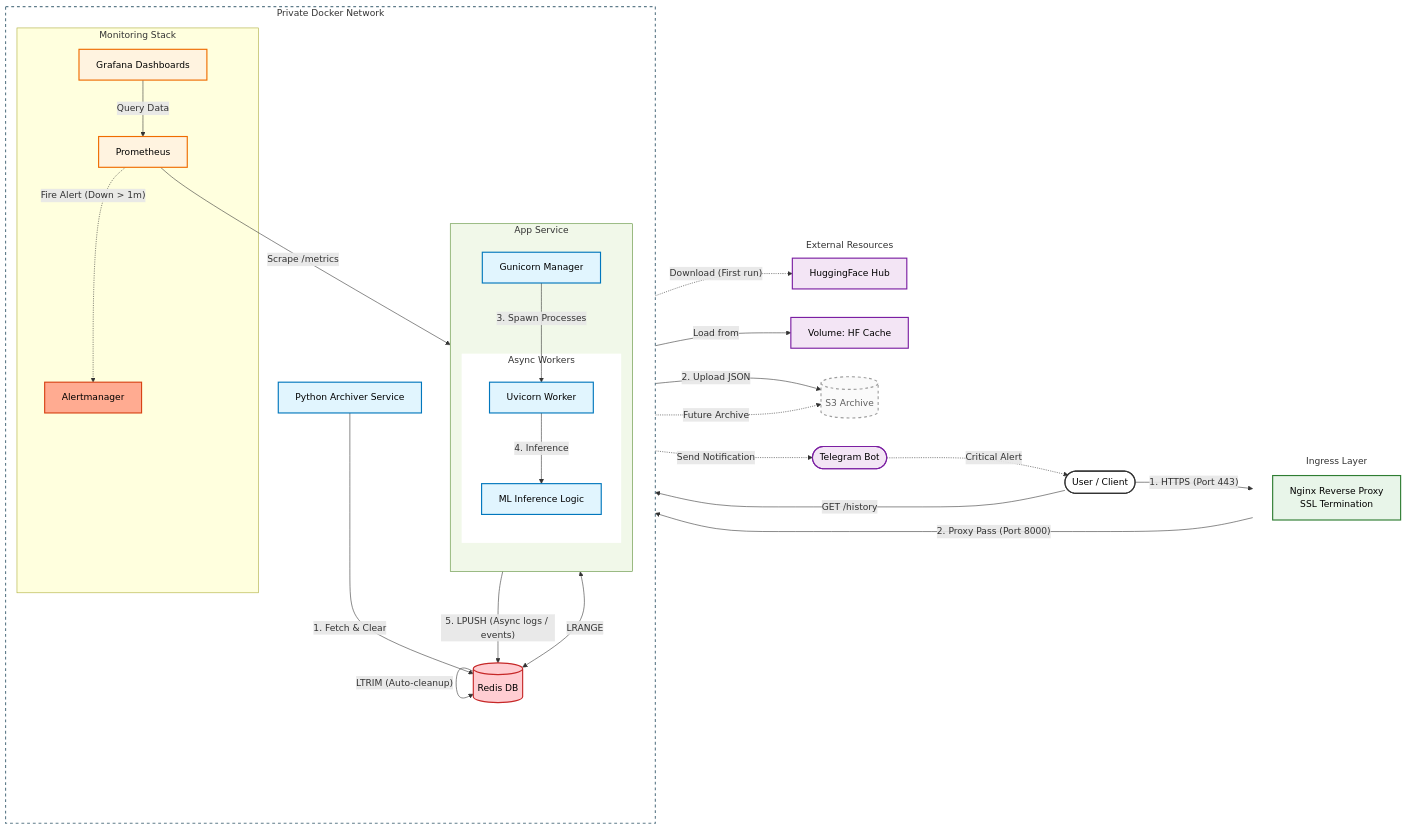
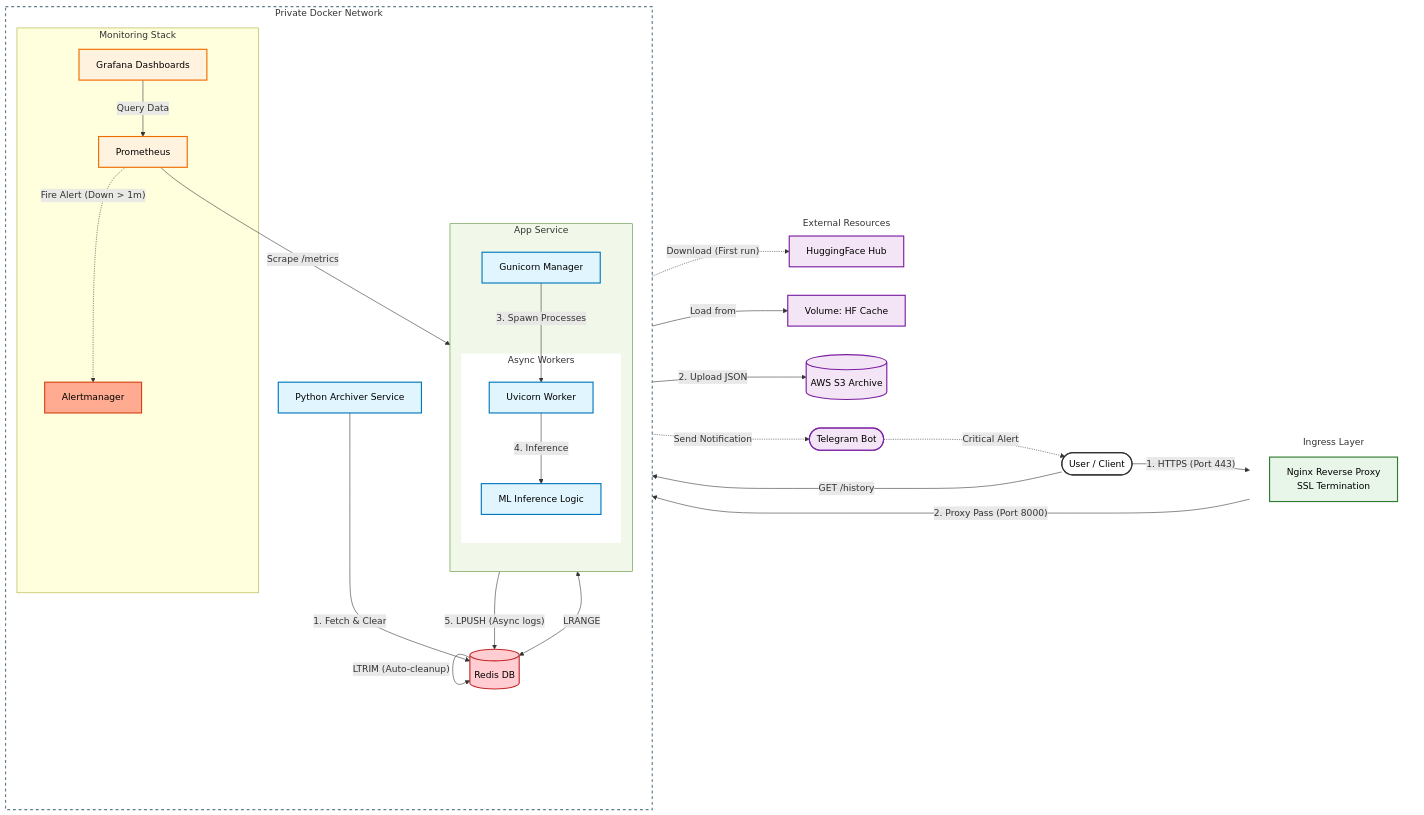
One commit to Western-1/sentiment-analysis-service changed the diagram in README.md. Above: the diagram before and after it, drawn with Mermaid. The commit also changed other lines of this file and 1 other file, not shown here.

Commit message:
docs: readme/photos updated

```diff
--- a/README.md
+++ b/README.md
@@ -34,7 +34,6 @@
   classDef db fill:#ffcdd2,stroke:#c62828,stroke-width:2px,color:#000
   classDef ext fill:#f3e5f5,stroke:#7b1fa2,stroke-width:2px,color:#000
   classDef proxy fill:#e8f5e9,stroke:#2e7d32,stroke-width:2px,color:#000
-  classDef planned fill:#fafafa,stroke:#9e9e9e,stroke-width:2px,stroke-dasharray: 5 5,color:#616161
   classDef monitor fill:#fff3e0,stroke:#ef6c00,stroke-width:2px,color:#000
   classDef alert fill:#ffab91,stroke:#d84315,stroke-width:2px,color:#000
 
@@ -62,7 +61,7 @@
       end
     end
 
-    %% Archiver (Data pipeline service in same network)
+    %% Archiver (Active Data Pipeline)
     Archiver[Python Archiver Service]:::app
 
     %% Storage Service
@@ -80,7 +79,7 @@
   subgraph External [External Resources]
     HF_Hub[HuggingFace Hub]:::ext
     HFCache[Volume: HF Cache]:::ext
-    S3[(S3 Archive)]:::planned
+    S3[(AWS S3 Archive)]:::ext
     Telegram([Telegram Bot]):::ext
   end
 
@@ -94,13 +93,13 @@
   Logic -.->|"Download (First run)"| HF_Hub
   Logic -->|"Load from"| HFCache
   
-  Uvicorn -->|"5. LPUSH (Async logs / events)"| Redis
+  Uvicorn -->|"5. LPUSH (Async logs)"| Redis
   Redis -->|"LTRIM (Auto-cleanup)"| Redis
   
   User -->|"GET /history"| Uvicorn
   Uvicorn <-->|"LRANGE"| Redis
 
-  %% Archiver / Data Pipeline
+  %% Archiver / Data Pipeline (Active)
   Archiver -->|"1. Fetch & Clear"| Redis
   Archiver -->|"2. Upload JSON"| S3
 
@@ -113,9 +112,6 @@
   Alertmanager -.->|"Send Notification"| Telegram
   Telegram -.->|"Critical Alert"| User
 
-  %% Future roadmap
-  Redis -.->|"Future Archive"| S3
-
   style DockerNet fill:none,stroke:#607d8b,stroke-width:2px,stroke-dasharray: 5 5
   style Ingress fill:none,stroke:none
   style External fill:none,stroke:none
```
